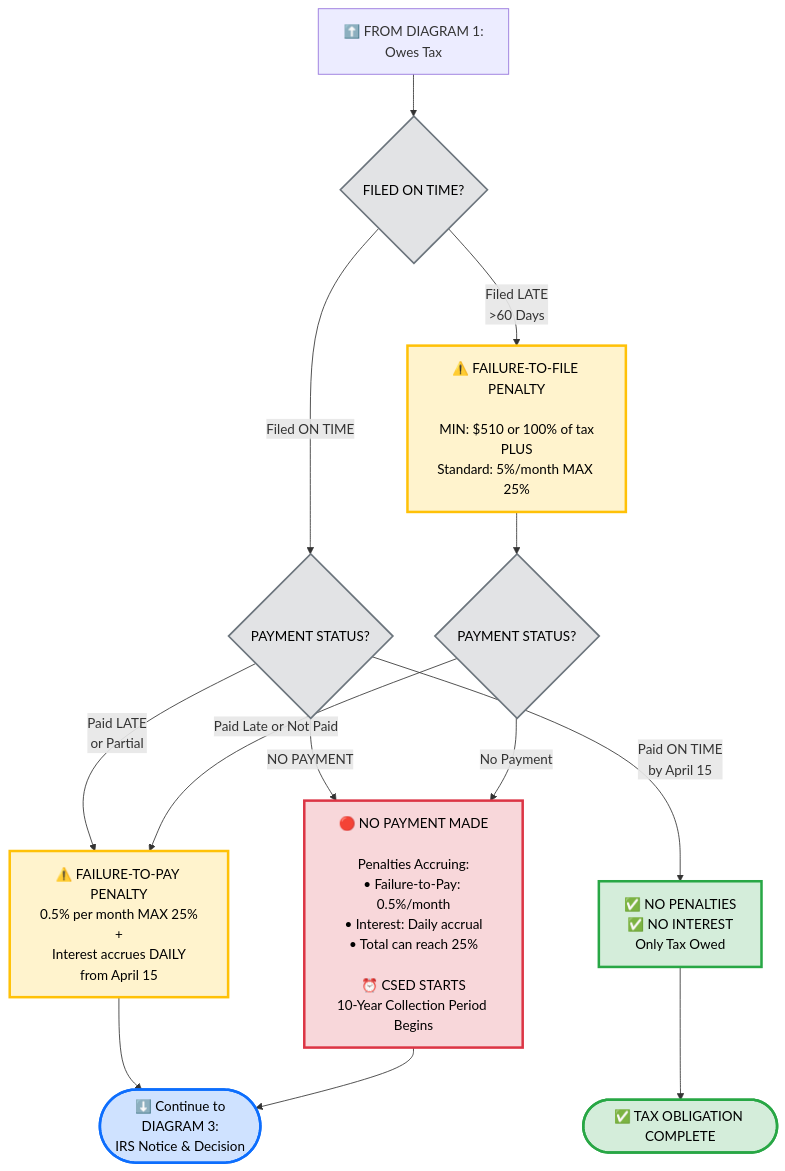
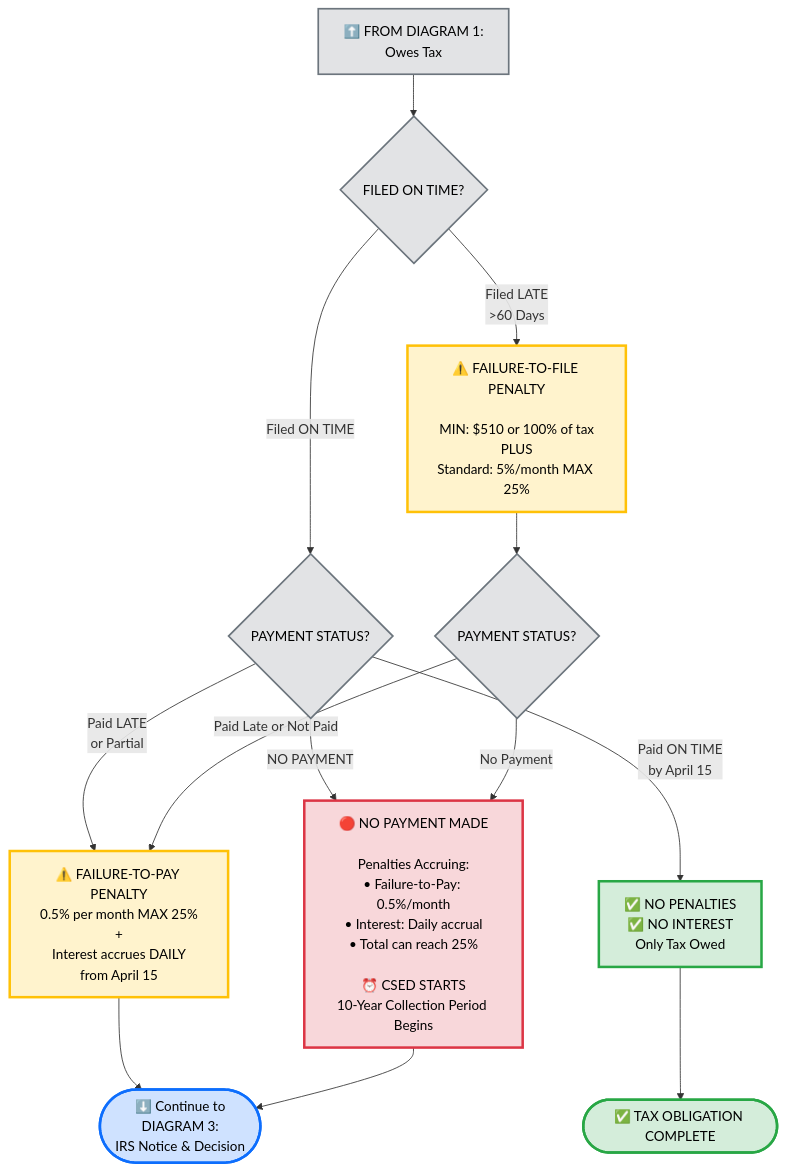
Before and after one commit to vipul79321/EA3: the second of 11 diagrams in IRS-Flow-perplexity.md, drawn with Mermaid. The commit also changed other lines of this file, not shown here.

````diff
--- a/IRS-Flow-perplexity.md
+++ b/IRS-Flow-perplexity.md
@@ -72,43 +72,43 @@
 ```mermaid
 flowchart TD
     Entry[⬆️ FROM DIAGRAM 1:<br/>Owes Tax]
     
     Entry --> TaxDue{FILED ON TIME?}
     
     %% Filed LATE Branch
     TaxDue -->|Filed LATE<br/>>60 Days| FiledLate[⚠️ FAILURE-TO-FILE PENALTY<br/><br/>MIN: $510 or 100% of tax<br/>PLUS<br/>Standard: 5%/month MAX 25%]
     
     %% Filed ON TIME Branch
     TaxDue -->|Filed ON TIME| OnTime{PAYMENT STATUS?}
     
     FiledLate --> LatePayment{PAYMENT STATUS?}
     
     %% On Time Payment - COMPLETE PATH
     OnTime -->|Paid ON TIME<br/>by April 15| PaidOnTime[✅ NO PENALTIES<br/>✅ NO INTEREST<br/>Only Tax Owed]
     PaidOnTime --> Complete([✅ TAX OBLIGATION COMPLETE])
     
     %% Late/Partial Payment
     OnTime -->|Paid LATE<br/>or Partial| PaidLate[⚠️ FAILURE-TO-PAY PENALTY<br/>0.5% per month MAX 25%<br/>+<br/>Interest accrues DAILY<br/>from April 15]
     LatePayment -->|Paid Late or Not Paid| PaidLate
     
     %% NO PAYMENT - MOST IMPORTANT
     OnTime -->|NO PAYMENT| NoPayment[🔴 NO PAYMENT MADE<br/><br/>Penalties Accruing:<br/>• Failure-to-Pay: 0.5%/month<br/>• Interest: Daily accrual<br/>• Total can reach 25%<br/><br/>⏰ CSED STARTS<br/>10-Year Collection Period Begins]
     LatePayment -->|No Payment| NoPayment
     
     %% Route to Next Diagram
     PaidLate --> NextDiagram([⬇️ Continue to<br/>DIAGRAM 3:<br/>IRS Notice & Decision])
     NoPayment --> NextDiagram
     
     %% Styling
     classDef successClass fill:#d4edda,stroke:#28a745,stroke-width:3px,color:#000
     classDef warningClass fill:#fff3cd,stroke:#ffc107,stroke-width:3px,color:#000
     classDef dangerClass fill:#f8d7da,stroke:#dc3545,stroke-width:3px,color:#000
     classDef nextClass fill:#cfe2ff,stroke:#0d6efd,stroke-width:3px,color:#000
     classDef neutralClass fill:#e2e3e5,stroke:#6c757d,stroke-width:2px,color:#000
     
     class PaidOnTime,Complete successClass
     class PaidLate,FiledLate warningClass
     class NoPayment dangerClass
     class NextDiagram nextClass
-    class TaxDue,OnTime,LatePayment neutralClass
+    class Entry,TaxDue,OnTime,LatePayment neutralClass
 ```
````
